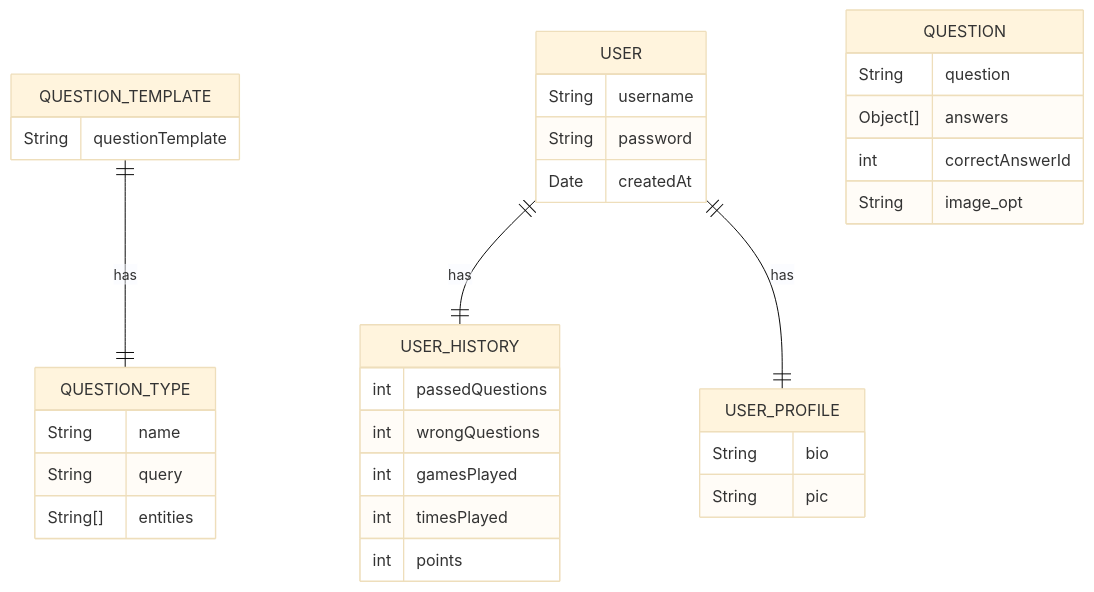
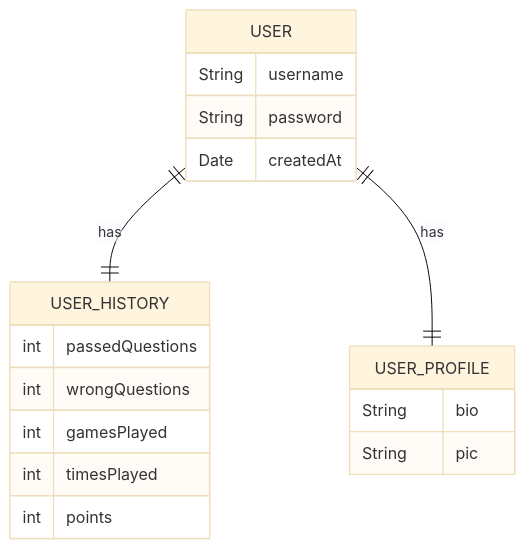
Before and after one commit to Arquisoft/wiq_en3b: the third of 4 diagrams in docs/src/08_concepts.adoc, drawn with Mermaid (base theme). The commit also changed other lines of this file and 2 other files, not shown here.

Commit message:
Changes into ER model to avoid confusion and name consistency

```diff
--- a/docs/src/08_concepts.adoc
+++ b/docs/src/08_concepts.adoc
@@ -243,44 +283,26 @@
 [mermaid]
 ....
 erDiagram
     
-    QUESTION_TEMPLATE ||--|| QUESTION_TYPE:has
     USER ||--|| USER_HISTORY:has
     USER ||--|| USER_PROFILE:has
 
     USER {
         String username
         String password
         Date createdAt
     }
 
     USER_HISTORY {
         int passedQuestions
         int wrongQuestions
         int gamesPlayed
         int timesPlayed
         int points
     }
 
     USER_PROFILE{
         String bio
         String pic
     }
-
-    QUESTION {
-        String question
-        Object[] answers
-        int correctAnswerId
-        String image_opt
-    }
-    
-    QUESTION_TEMPLATE{
-        String questionTemplate
-    }
-    
-    QUESTION_TYPE{
-        String name
-        String query
-        String[] entities
-    }
 ....
```
